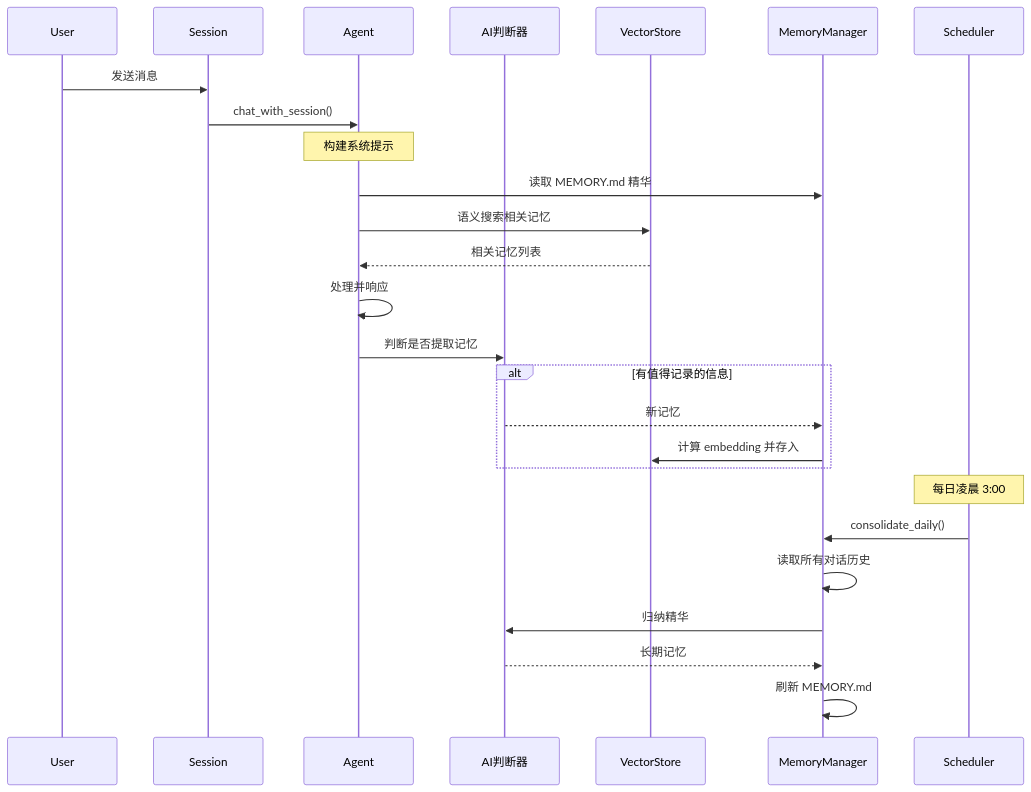
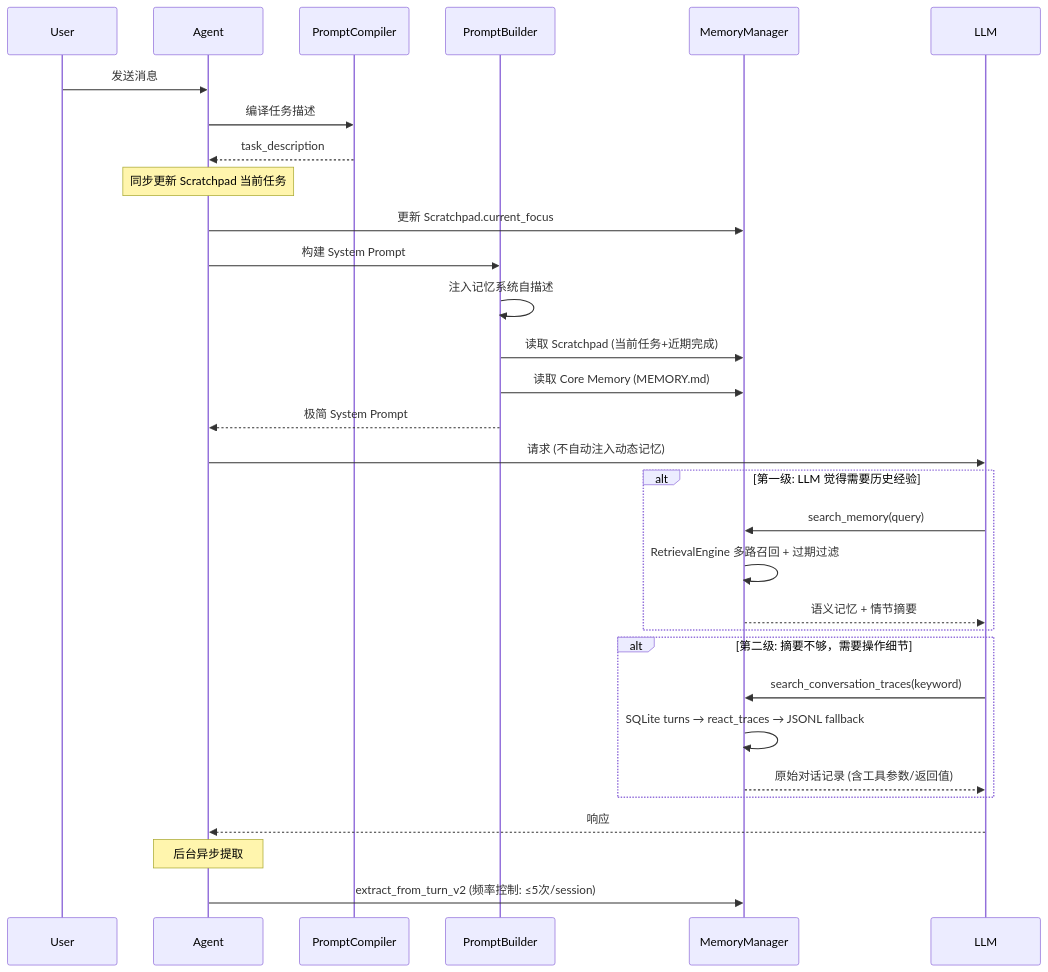
One commit to MaoChen1980/openakita changed the second of 5 diagrams in docs/memory_architecture.md. Above: the diagram before and after it, drawn with Mermaid. The commit also changed other lines of this file and 14 other files, not shown here.

````diff
--- a/docs/memory_architecture.md
+++ b/docs/memory_architecture.md
@@ -52,33 +64,41 @@
 ```mermaid
 sequenceDiagram
     participant User
-    participant Session
     participant Agent
-    participant AI as AI判断器
-    participant Vector as VectorStore
-    participant Memory as MemoryManager
-    participant Scheduler
-    
-    User->>Session: 发送消息
-    Session->>Agent: chat_with_session()
-    
-    Note over Agent: 构建系统提示
-    Agent->>Memory: 读取 MEMORY.md 精华
-    Agent->>Vector: 语义搜索相关记忆
-    Vector-->>Agent: 相关记忆列表
-    
-    Agent->>Agent: 处理并响应
-    Agent->>AI: 判断是否提取记忆
-    
-    alt 有值得记录的信息
-        AI-->>Memory: 新记忆
-        Memory->>Vector: 计算 embedding 并存入
+    participant Compiler as PromptCompiler
+    participant Builder as PromptBuilder
+    participant MM as MemoryManager
+    participant LLM
+
+    User->>Agent: 发送消息
+    Agent->>Compiler: 编译任务描述
+    Compiler-->>Agent: task_description
+
+    Note over Agent: 同步更新 Scratchpad 当前任务
+    Agent->>MM: 更新 Scratchpad.current_focus
+
+    Agent->>Builder: 构建 System Prompt
+    Builder->>Builder: 注入记忆系统自描述
+    Builder->>MM: 读取 Scratchpad (当前任务+近期完成)
+    Builder->>MM: 读取 Core Memory (MEMORY.md)
+    Builder-->>Agent: 极简 System Prompt
+
+    Agent->>LLM: 请求 (不自动注入动态记忆)
+
+    alt 第一级: LLM 觉得需要历史经验
+        LLM->>MM: search_memory(query)
+        MM->>MM: RetrievalEngine 多路召回 + 过期过滤
+        MM-->>LLM: 语义记忆 + 情节摘要
     end
-    
-    Note over Scheduler: 每日凌晨 3:00
-    Scheduler->>Memory: consolidate_daily()
-    Memory->>Memory: 读取所有对话历史
-    Memory->>AI: 归纳精华
-    AI-->>Memory: 长期记忆
-    Memory->>Memory: 刷新 MEMORY.md
+
+    alt 第二级: 摘要不够，需要操作细节
+        LLM->>MM: search_conversation_traces(keyword)
+        MM->>MM: SQLite turns → react_traces → JSONL fallback
+        MM-->>LLM: 原始对话记录 (含工具参数/返回值)
+    end
+
+    LLM-->>Agent: 响应
+
+    Note over Agent: 后台异步提取
+    Agent->>MM: extract_from_turn_v2 (频率控制: ≤5次/session)
 ```
````
